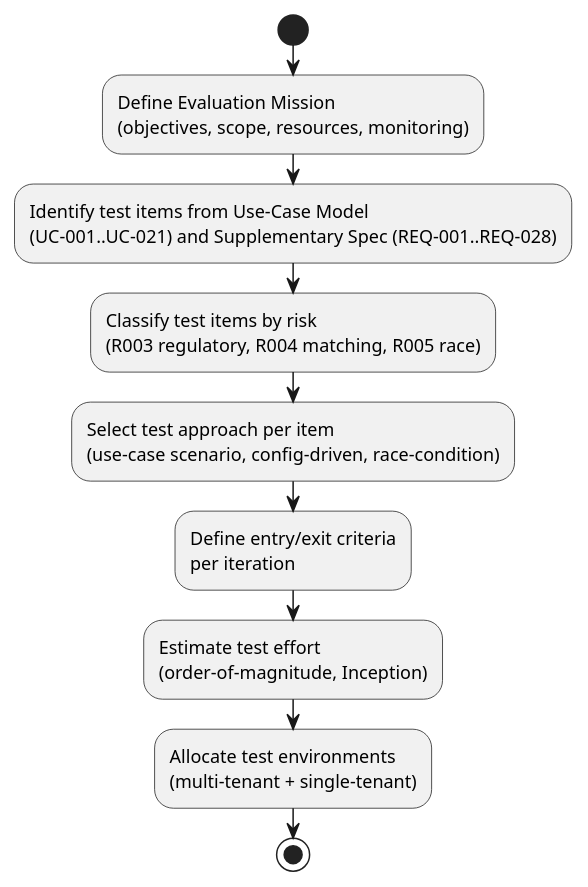
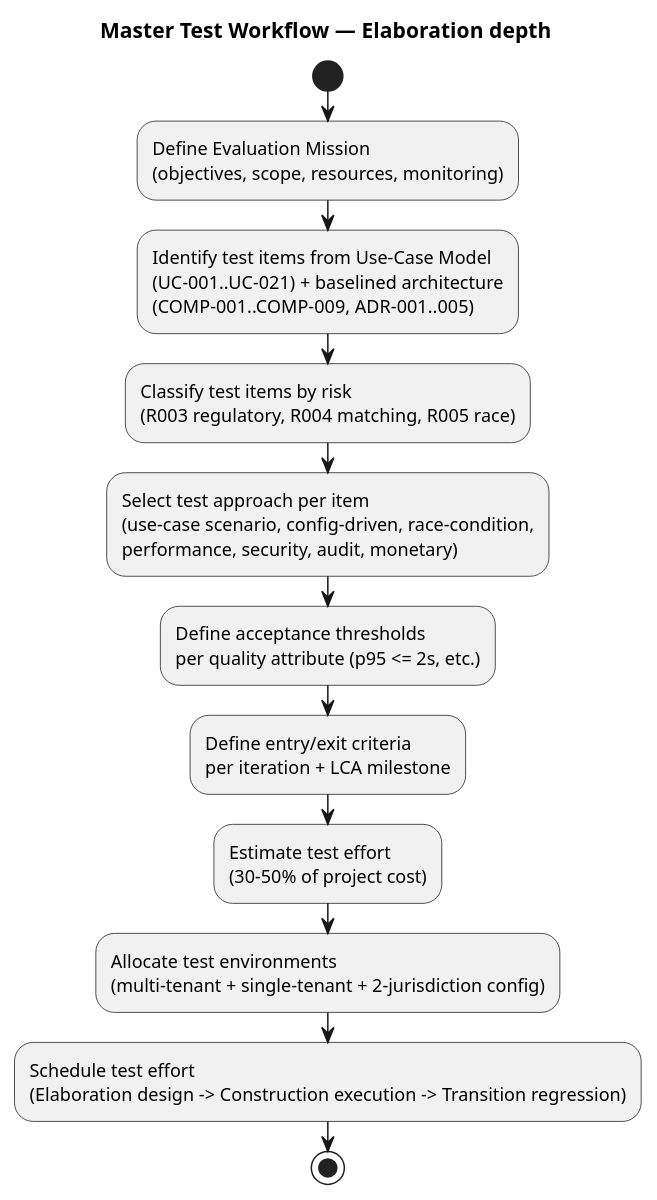
Before and after one commit to banense-test/trademe: the first of 3 diagrams in docs/artifacts/test/test-plan.md, drawn with PlantUML. The commit also changed other lines of this file, not shown here.

First line of the commit message:
Test Manager [E1]: upsert Test Plan

````diff
--- a/docs/artifacts/test/test-plan.md
+++ b/docs/artifacts/test/test-plan.md
@@ -23,13 +25,17 @@
 ```plantuml
 @startuml
+title Master Test Workflow — Elaboration depth
+
 start
 :Define Evaluation Mission\n(objectives, scope, resources, monitoring);
-:Identify test items from Use-Case Model\n(UC-001..UC-021) and Supplementary Spec (REQ-001..REQ-028);
+:Identify test items from Use-Case Model\n(UC-001..UC-021) + baselined architecture\n(COMP-001..COMP-009, ADR-001..005);
 :Classify test items by risk\n(R003 regulatory, R004 matching, R005 race);
-:Select test approach per item\n(use-case scenario, config-driven, race-condition);
-:Define entry/exit criteria\nper iteration;
-:Estimate test effort\n(order-of-magnitude, Inception);
-:Allocate test environments\n(multi-tenant + single-tenant);
+:Select test approach per item\n(use-case scenario, config-driven, race-condition,\nperformance, security, audit, monetary);
+:Define acceptance thresholds\nper quality attribute (p95 <= 2s, etc.);
+:Define entry/exit criteria\nper iteration + LCA milestone;
+:Estimate test effort\n(30-50% of project cost);
+:Allocate test environments\n(multi-tenant + single-tenant + 2-jurisdiction config);
+:Schedule test effort\n(Elaboration design -> Construction execution -> Transition regression);
 stop
 @enduml
 ```
````
